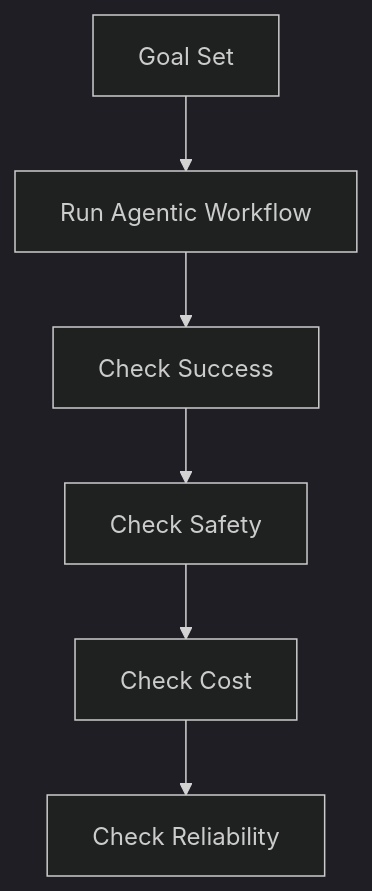
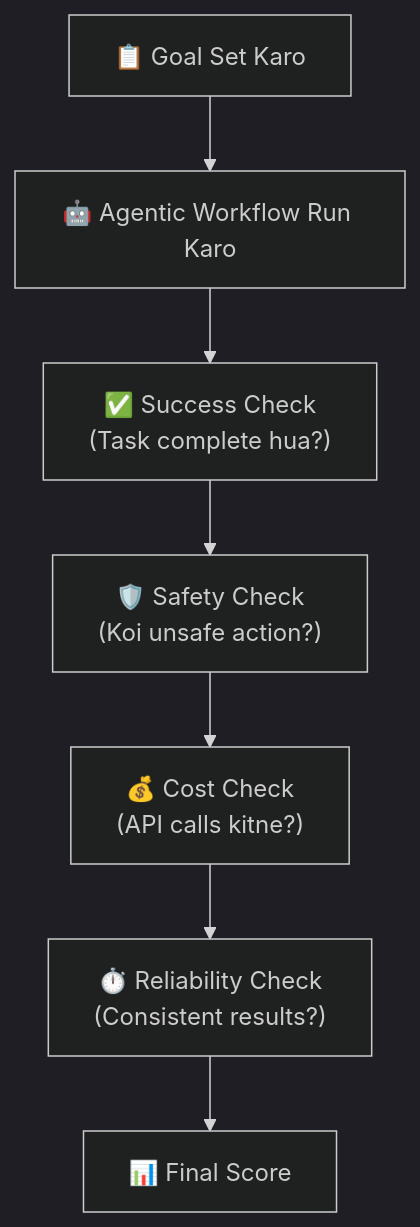
One commit to Sameer-Malik20/SusaGPT-Build-LLM-From-Scratch-With-Hinglish-Learning-Material changed diagram 13 of 15 in docs/ai/Agentic_AI_Guide.md. Above: the diagram before and after it, drawn with Mermaid (dark theme). The commit also changed other lines of this file and 10 other files, not shown here.

````diff
--- a/docs/ai/Agentic_AI_Guide.md
+++ b/docs/ai/Agentic_AI_Guide.md
@@ -295,8 +423,9 @@
 ```mermaid
 flowchart TD
-    A[Goal Set] --> B[Run Agentic Workflow]
-    B --> C[Check Success]
-    C --> D[Check Safety]
-    D --> E[Check Cost]
-    E --> F[Check Reliability]
+    A["📋 Goal Set Karo"] --> B["🤖 Agentic Workflow Run Karo"]
+    B --> C["✅ Success Check\n(Task complete hua?)"]
+    C --> D["🛡️ Safety Check\n(Koi unsafe action?)"]
+    D --> E["💰 Cost Check\n(API calls kitne?)"]
+    E --> F["⏱️ Reliability Check\n(Consistent results?)"]
+    F --> G["📊 Final Score"]
 ```
````
